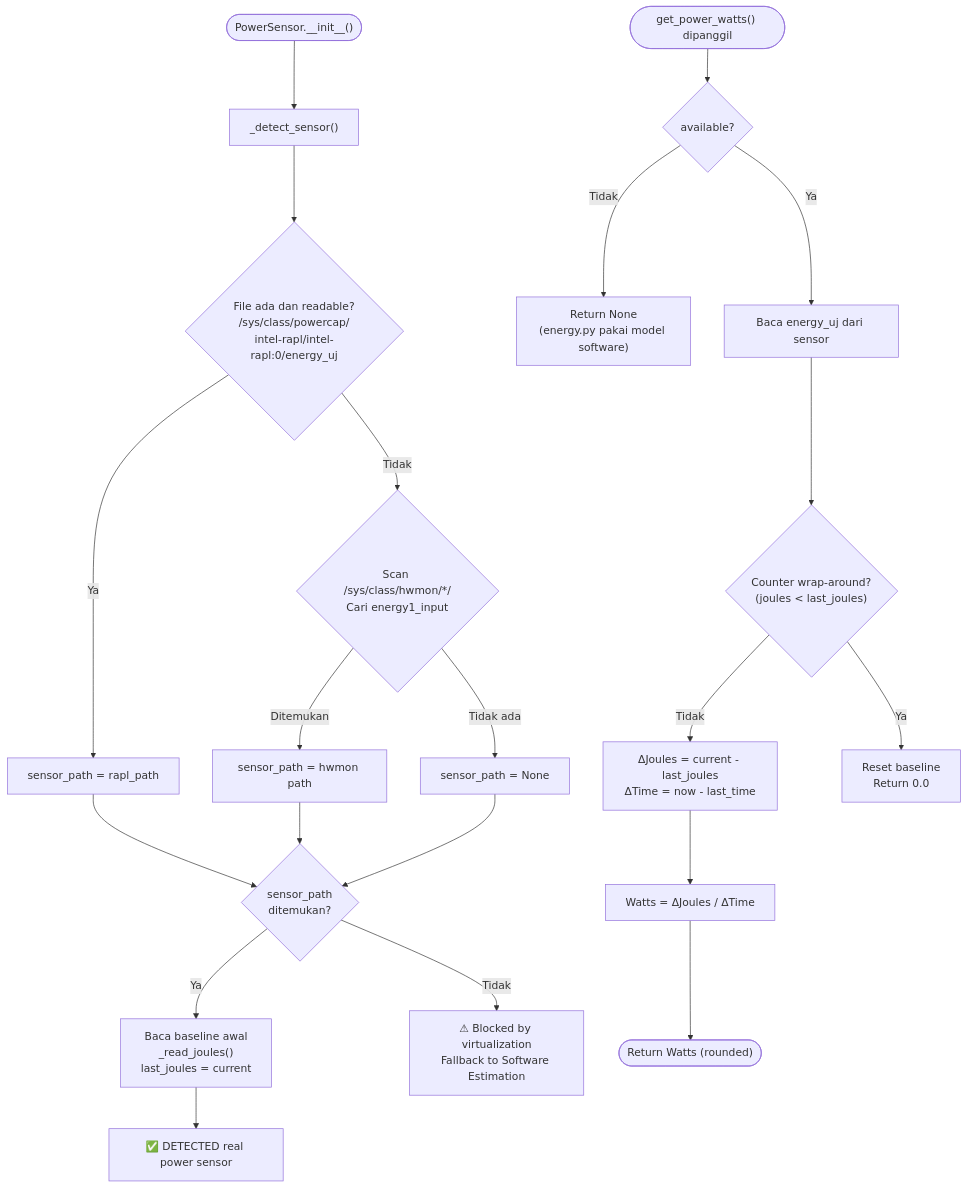
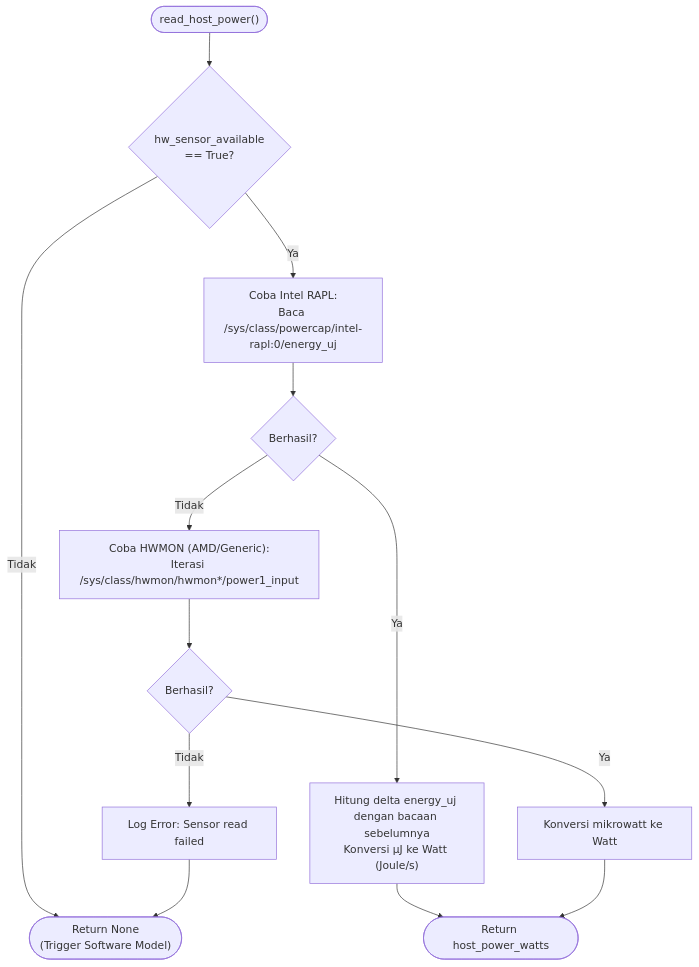
Before and after one commit to fauzanreza/green-container-framework: the first of 2 diagrams in architecture-diagrams/layer-1-profiler/03_hardware_sensor.md, drawn with Mermaid. The commit also changed other lines of this file and 13 other files, not shown here.

Commit message:
edit fitur, menambahkan Architecture Diagram

````diff
--- a/architecture-diagrams/layer-1-profiler/03_hardware_sensor.md
+++ b/architecture-diagrams/layer-1-profiler/03_hardware_sensor.md
@@ -9,51 +9,37 @@
 ```mermaid
 flowchart TD
-    START(["PowerSensor.__init__()"])
+    START(["read_host_power()"])
 
-    DETECT["_detect_sensor()"]
+    AVAILABLE{"hw_sensor_available<br/>== True?"}
+    NOT_AVAILABLE(["Return None<br/>(Trigger Software Model)"])
 
-    CHECK_RAPL{"File ada dan readable?<br/>/sys/class/powercap/<br/>intel-rapl/intel-rapl:0/energy_uj"}
-    RAPL_OK["sensor_path = rapl_path"]
+    TRY_RAPL["Coba Intel RAPL:<br/>Baca /sys/class/powercap/intel-rapl:0/energy_uj"]
+    RAPL_SUCCESS{"Berhasil?"}
 
-    CHECK_AMD{"Scan /sys/class/hwmon/*/<br/>Cari energy1_input"}
-    AMD_OK["sensor_path = hwmon path"]
-    NO_SENSOR["sensor_path = None"]
+    CALC_RAPL["Hitung delta energy_uj dengan bacaan sebelumnya<br/>Konversi µJ ke Watt (Joule/s)"]
 
-    AVAILABLE{"sensor_path<br/>ditemukan?"}
-    INIT_READ["Baca baseline awal<br/>_read_joules()<br/>last_joules = current"]
-    LOG_OK["✅ DETECTED real power sensor"]
-    LOG_FAIL["⚠ Blocked by virtualization<br/>Fallback to Software Estimation"]
+    TRY_HWMON["Coba HWMON (AMD/Generic):<br/>Iterasi /sys/class/hwmon/hwmon*/power1_input"]
+    HWMON_SUCCESS{"Berhasil?"}
 
-    CALL(["get_power_watts() dipanggil"])
-    IS_AVAIL{"available?"}
-    RET_NONE["Return None<br/>(energy.py pakai model software)"]
-    READ_UJ["Baca energy_uj dari sensor"]
-    CALC_DELTA["ΔJoules = current - last_joules<br/>ΔTime = now - last_time"]
-    CALC_WATTS["Watts = ΔJoules / ΔTime"]
-    WRAP{"Counter wrap-around?<br/>(joules < last_joules)"}
-    RESET["Reset baseline<br/>Return 0.0"]
-    RET_WATTS(["Return Watts (rounded)"])
+    CALC_HWMON["Konversi mikrowatt ke Watt"]
 
-    START --> DETECT
-    DETECT --> CHECK_RAPL
-    CHECK_RAPL -->|Ya| RAPL_OK
-    CHECK_RAPL -->|Tidak| CHECK_AMD
-    RAPL_OK --> AVAILABLE
-    CHECK_AMD -->|Ditemukan| AMD_OK
-    CHECK_AMD -->|Tidak ada| NO_SENSOR
-    AMD_OK --> AVAILABLE
-    NO_SENSOR --> AVAILABLE
+    NO_SENSOR["Log Error: Sensor read failed"]
 
-    AVAILABLE -->|Ya| INIT_READ
-    AVAILABLE -->|Tidak| LOG_FAIL
-    INIT_READ --> LOG_OK
+    RETURN_POWER(["Return host_power_watts"])
 
-    CALL --> IS_AVAIL
-    IS_AVAIL -->|Tidak| RET_NONE
-    IS_AVAIL -->|Ya| READ_UJ
-    READ_UJ --> WRAP
-    WRAP -->|Ya| RESET
-    WRAP -->|Tidak| CALC_DELTA
-    CALC_DELTA --> CALC_WATTS
-    CALC_WATTS --> RET_WATTS
+    START --> AVAILABLE
+    AVAILABLE -->|Tidak| NOT_AVAILABLE
+    AVAILABLE -->|Ya| TRY_RAPL
+
+    TRY_RAPL --> RAPL_SUCCESS
+    RAPL_SUCCESS -->|Ya| CALC_RAPL
+    RAPL_SUCCESS -->|Tidak| TRY_HWMON
+
+    TRY_HWMON --> HWMON_SUCCESS
+    HWMON_SUCCESS -->|Ya| CALC_HWMON
+    HWMON_SUCCESS -->|Tidak| NO_SENSOR
+
+    CALC_RAPL --> RETURN_POWER
+    CALC_HWMON --> RETURN_POWER
+    NO_SENSOR --> NOT_AVAILABLE
 ```
````
